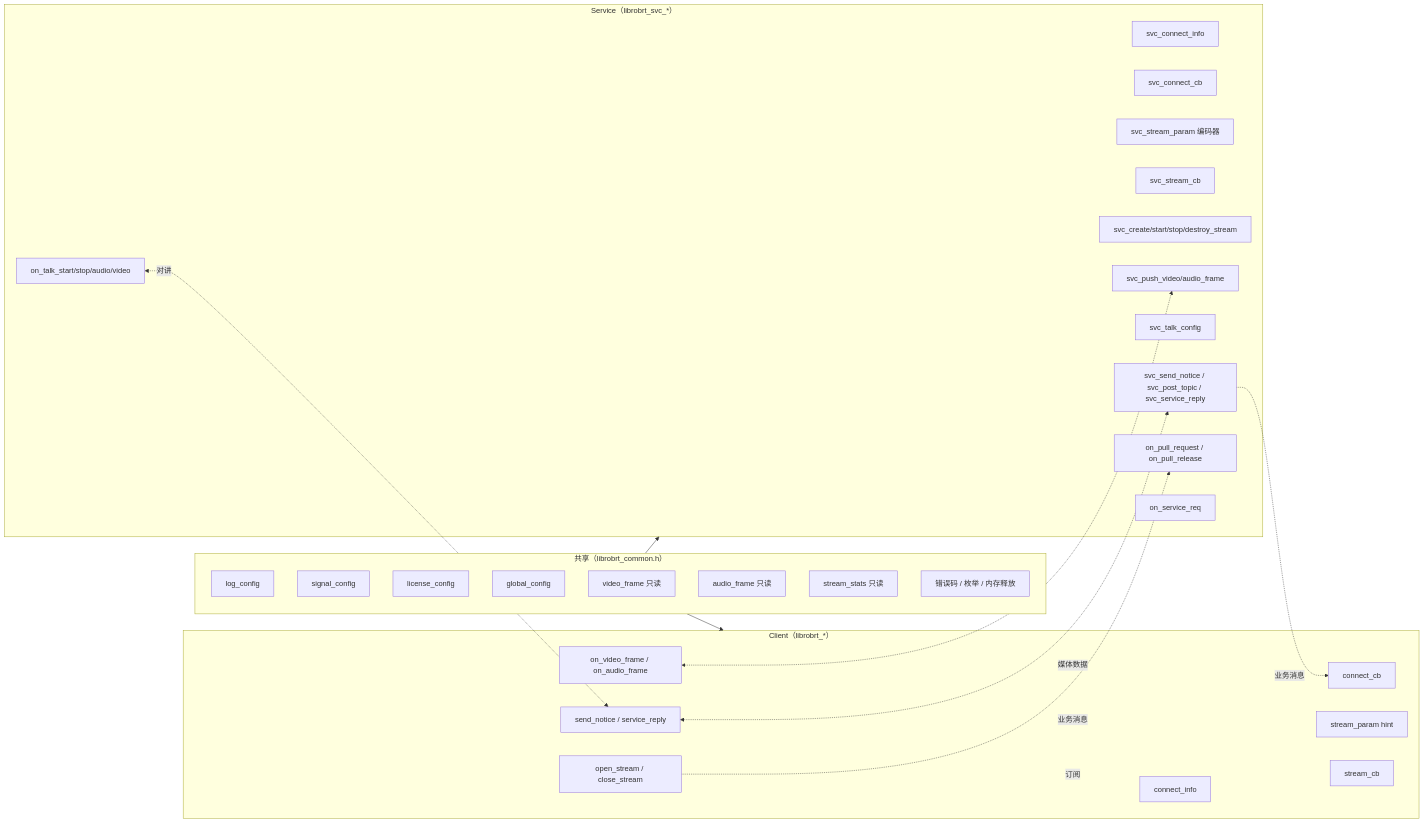
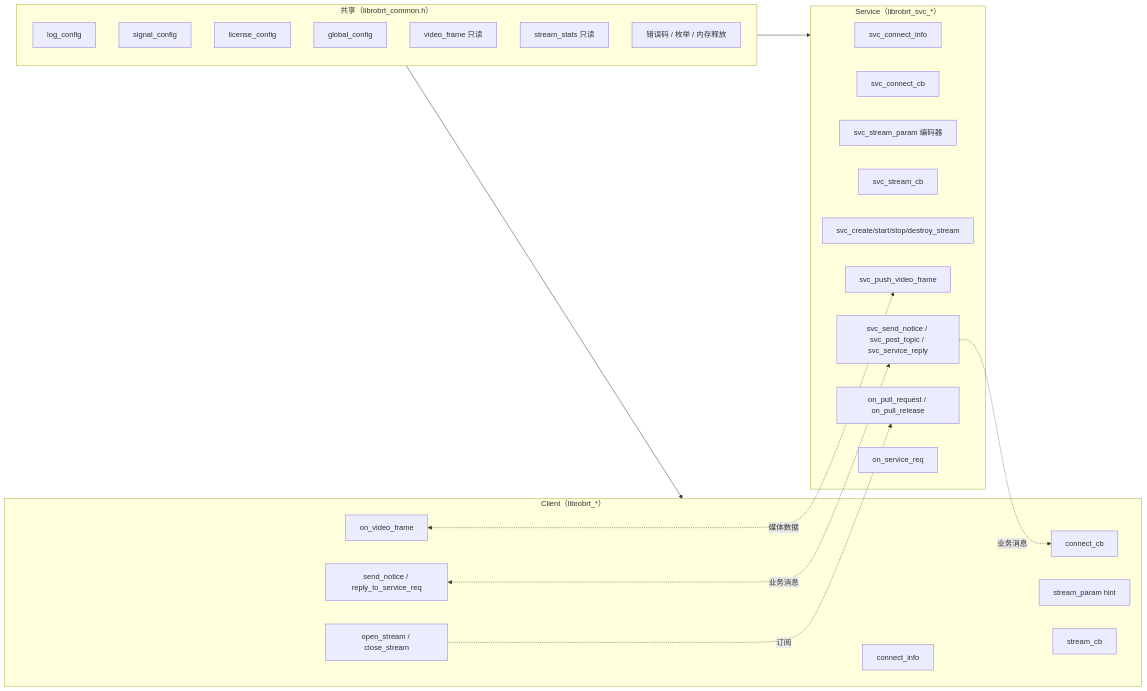
One commit to honeyyaya/libRoboFlow changed the first of 11 diagrams in docs/service_api_design.md. Above: the diagram before and after it, drawn with Mermaid. The commit also changed other lines of this file and 35 other files, not shown here.

````diff
--- a/docs/service_api_design.md
+++ b/docs/service_api_design.md
@@ -27,46 +26,42 @@
 ```mermaid
 graph LR
     subgraph 共享["共享（librobrt_common.h）"]
         S1[log_config]
         S2[signal_config]
         S3[license_config]
         S4[global_config]
         S5[video_frame 只读]
-        S6[audio_frame 只读]
-        S7[stream_stats 只读]
-        S8[错误码 / 枚举 / 内存释放]
+        S6[stream_stats 只读]
+        S7[错误码 / 枚举 / 内存释放]
     end
 
     subgraph ClientSDK["Client（librobrt_*）"]
         C1[connect_info]
         C2[connect_cb]
         C3[stream_param hint]
         C4[stream_cb]
         C5[open_stream / close_stream]
-        C6[send_notice / service_reply]
-        C7[on_video_frame / on_audio_frame]
+        C6[send_notice / reply_to_service_req]
+        C7[on_video_frame]
     end
 
     subgraph ServiceSDK["Service（librobrt_svc_*）"]
         V1[svc_connect_info]
         V2[svc_connect_cb]
         V3[svc_stream_param 编码器]
         V4[svc_stream_cb]
         V5[svc_create/start/stop/destroy_stream]
-        V6[svc_push_video/audio_frame]
-        V7[svc_talk_config]
+        V6[svc_push_video_frame]
         V8[svc_send_notice / svc_post_topic / svc_service_reply]
         V9[on_pull_request / on_pull_release]
-        VA[on_talk_start/stop/audio/video]
         VB[on_service_req]
     end
 
     共享 --> ClientSDK
     共享 --> ServiceSDK
 
     C5 -.订阅.-> V9
     C6 <-.业务消息.-> V8
     C7 <-.媒体数据.-> V6
     V8 -.业务消息.-> C2
-    VA <-.对讲.-> C6
 ```
````
